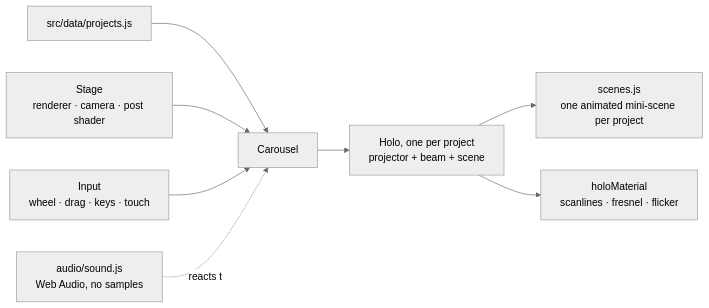
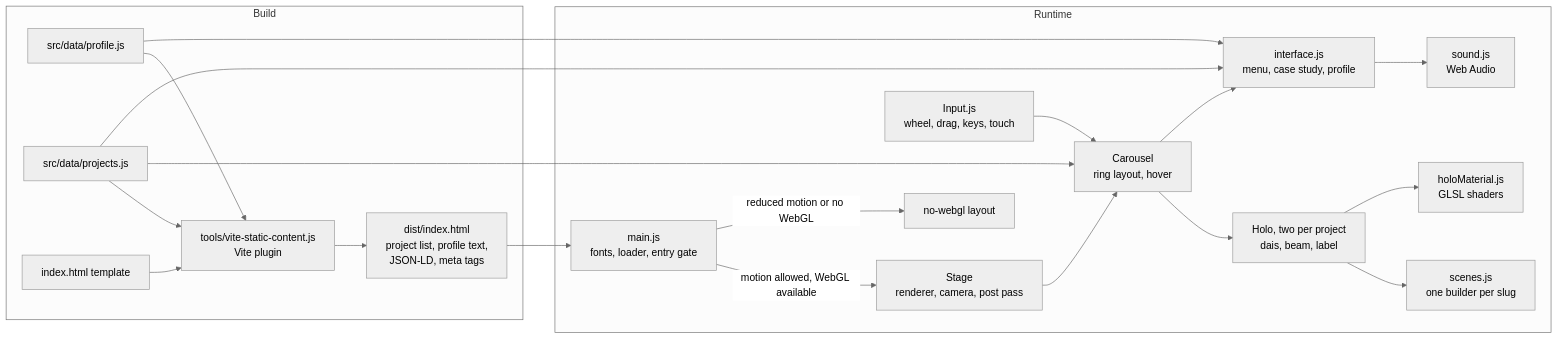
One commit to DimeDataCloud/portfolio changed the diagram in README.md. Above: the diagram before and after it, drawn with Mermaid (neutral theme). The commit also changed other lines of this file and 46 other files, not shown here.

First line of the commit message:
Rebuild: resume-backed case studies, profile panel, new scenes, CI, docs (#4)

````diff
--- a/README.md
+++ b/README.md
@@ -25,10 +66,29 @@
 ```mermaid
 flowchart LR
-    D[src/data/projects.js] --> C[Carousel]
-    S[Stage<br/>renderer · camera · post shader] --> C
-    C --> H[Holo, one per project<br/>projector + beam + scene]
-    H --> SC[scenes.js<br/>one animated mini-scene per project]
-    H --> M[holoMaterial<br/>scanlines · fresnel · flicker]
-    I[Input<br/>wheel · drag · keys · touch] --> C
-    A[audio/sound.js<br/>Web Audio, no samples] -.reacts to.-> C
+    subgraph Build
+        PD[src/data/profile.js]
+        JD[src/data/projects.js]
+        IH[index.html template]
+        VP[tools/vite-static-content.js<br/>Vite plugin]
+        PD --> VP
+        JD --> VP
+        IH --> VP
+        VP --> DIST[dist/index.html<br/>project list, profile text,<br/>JSON-LD, meta tags]
+    end
+    subgraph Runtime
+        BOOT[main.js<br/>fonts, loader, entry gate]
+        BOOT -->|motion allowed, WebGL available| STG[Stage<br/>renderer, camera, post pass]
+        BOOT -->|reduced motion or no WebGL| FB[no-webgl layout]
+        IN[Input.js<br/>wheel, drag, keys, touch] --> CAR
+        STG --> CAR[Carousel<br/>ring layout, hover]
+        JD --> CAR
+        CAR --> HOLO[Holo, two per project<br/>dais, beam, label]
+        HOLO --> SC[scenes.js<br/>one builder per slug]
+        HOLO --> MAT[holoMaterial.js<br/>GLSL shaders]
+        CAR --> UI[interface.js<br/>menu, case study, profile]
+        JD --> UI
+        PD --> UI
+        UI --> SND[sound.js<br/>Web Audio]
+    end
+    DIST --> BOOT
 ```
````
